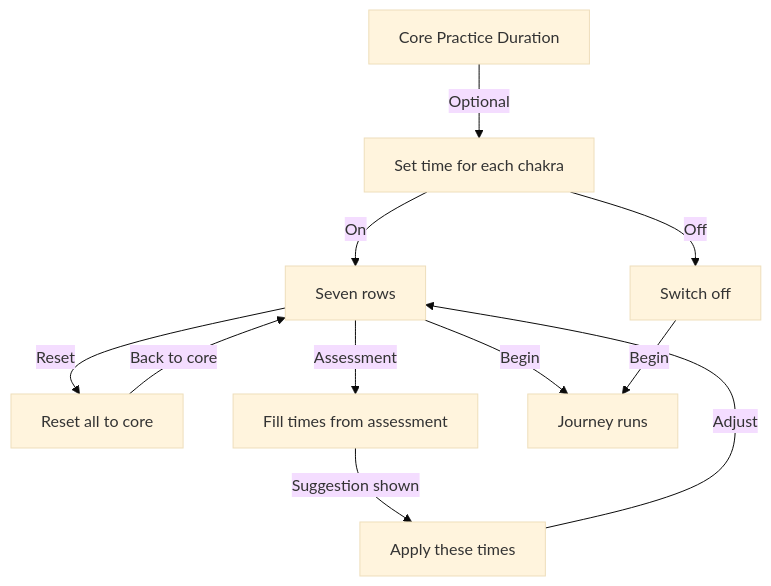
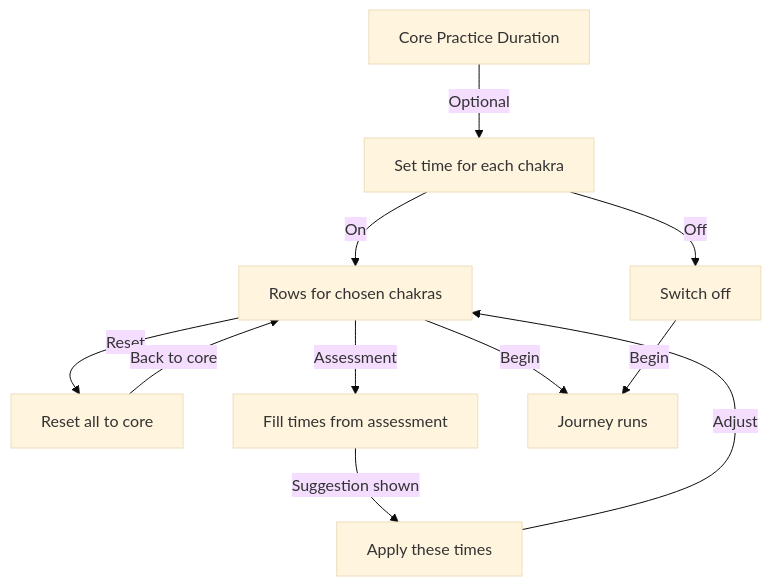
One commit to missionode/lite changed diagram 25 of 55 in docs/app-map/FLOW-REFERENCE.md. Above: the diagram before and after it, drawn with Mermaid (base theme). The commit also changed other lines of this file and 25 other files, not shown here.

First line of the commit message:
fix(lobby): per-chakra time lists only chakras chosen in Chakra Journey

````diff
--- a/docs/app-map/FLOW-REFERENCE.md
+++ b/docs/app-map/FLOW-REFERENCE.md
@@ -1297,21 +1297,21 @@
 ```mermaid
 flowchart TD
   core["Core Practice Duration"]
   switch["Set time for each chakra"]
   off["Switch off"]
-  rows["Seven rows"]
+  rows["Rows for chosen chakras"]
   reset["Reset all to core"]
   suggest["Fill times from assessment"]
   apply["Apply these times"]
   run["Journey runs"]
   core -->|"Optional"| switch
   switch -->|"Off"| off
   switch -->|"On"| rows
   rows -->|"Reset"| reset
   rows -->|"Assessment"| suggest
   suggest -->|"Suggestion shown"| apply
   apply -->|"Adjust"| rows
   rows -->|"Begin"| run
   off -->|"Begin"| run
   reset -->|"Back to core"| rows
 ```
````
